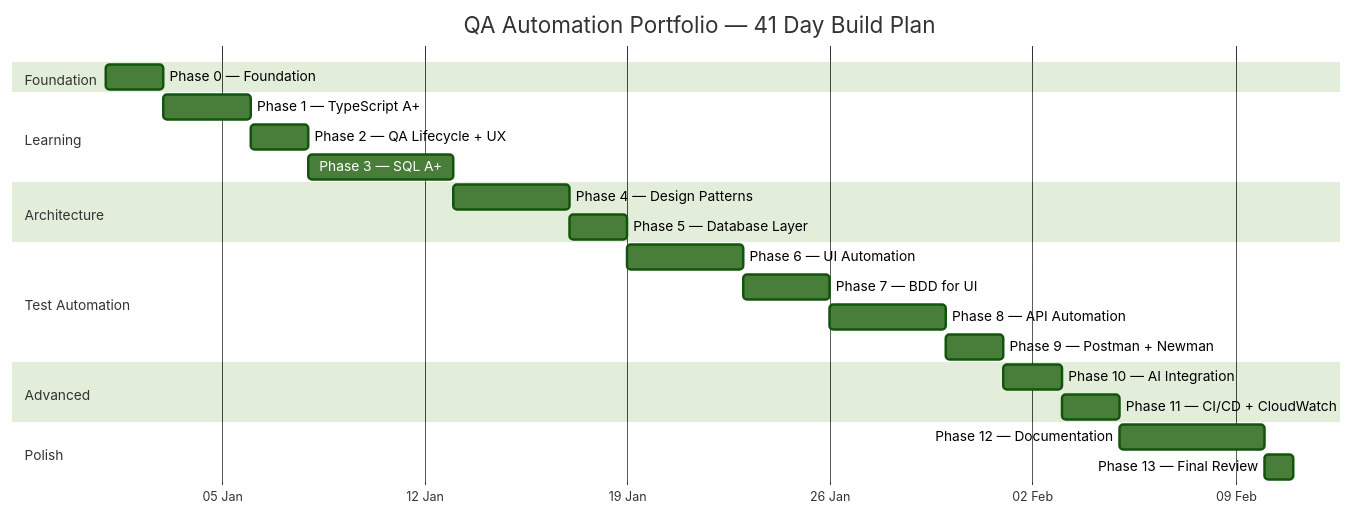
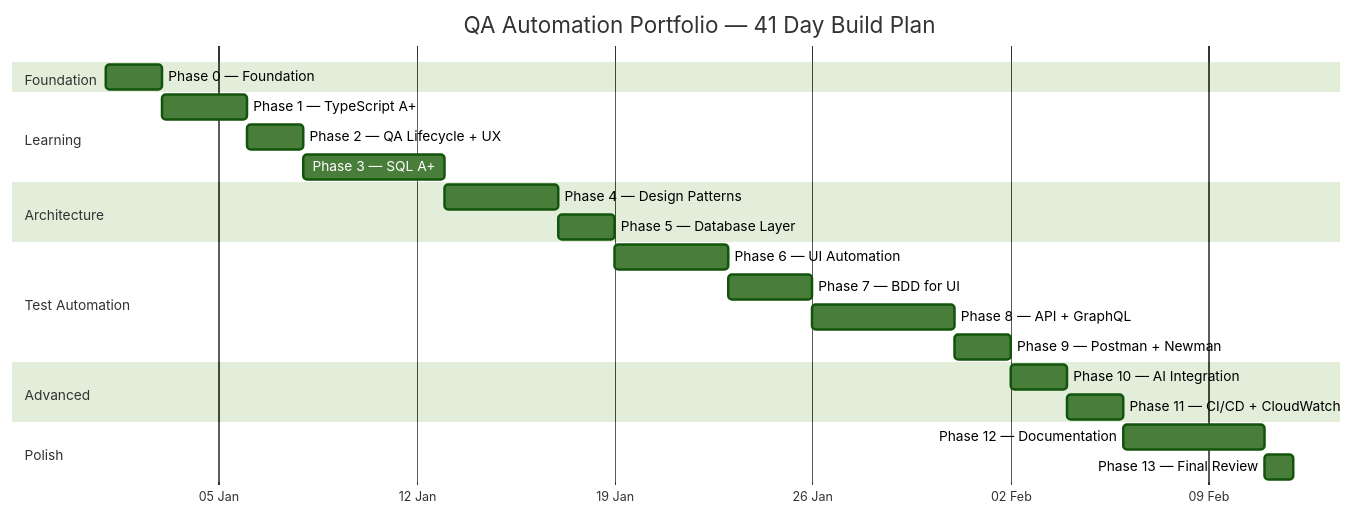
Before and after one commit to sashika-hsg/qa-automation-portfolio: the diagram in GANTT.md, drawn with Mermaid (forest theme). The commit also changed other lines of this file and 8 other files, not shown here.

Commit message:
ci: add github actions ci nightly pipeline with graphql support

````diff
--- a/GANTT.md
+++ b/GANTT.md
@@ -11,32 +11,32 @@
 ```mermaid
 gantt
   title QA Automation Portfolio — 41 Day Build Plan
   dateFormat YYYY-MM-DD
   axisFormat %d %b
 
   section Foundation
   Phase 0 — Foundation           :p0, 2025-01-01, 2d
 
   section Learning
   Phase 1 — TypeScript A+        :p1, after p0, 3d
   Phase 2 — QA Lifecycle + UX    :p2, after p1, 2d
   Phase 3 — SQL A+               :p3, after p2, 5d
 
   section Architecture
   Phase 4 — Design Patterns      :p4, after p3, 4d
   Phase 5 — Database Layer       :p5, after p4, 2d
 
   section Test Automation
   Phase 6 — UI Automation        :p6, after p5, 4d
   Phase 7 — BDD for UI           :p7, after p6, 3d
-  Phase 8 — API Automation       :p8, after p7, 4d
+  Phase 8 — API + GraphQL        :p8, after p7, 5d   
   Phase 9 — Postman + Newman     :p9, after p8, 2d
 
   section Advanced
   Phase 10 — AI Integration      :p10, after p9, 2d
   Phase 11 — CI/CD + CloudWatch  :p11, after p10, 2d
 
   section Polish
   Phase 12 — Documentation       :p12, after p11, 5d
   Phase 13 — Final Review        :p13, after p12, 1d
 ```
````
